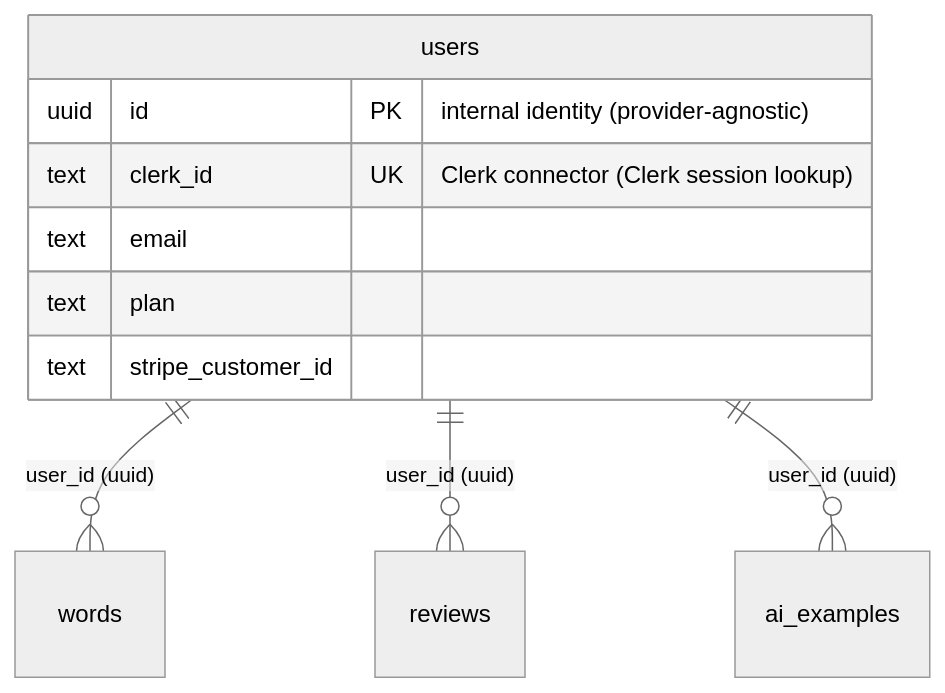
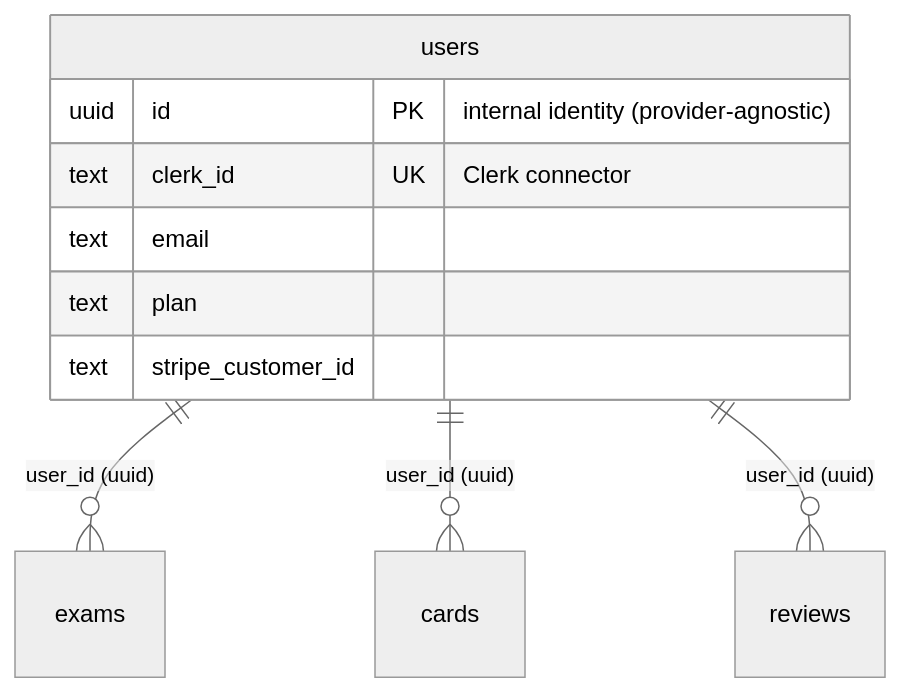
One commit to Kohkiota/RecallMint changed the diagram in README.md. Above: the diagram before and after it, drawn with Mermaid (neutral theme). The commit also changed other lines of this file, not shown here.

````diff
--- a/README.md
+++ b/README.md
@@ -155,13 +83,13 @@
 ```mermaid
 erDiagram
-    users ||--o{ words : "user_id (uuid)"
+    users ||--o{ exams : "user_id (uuid)"
+    users ||--o{ cards : "user_id (uuid)"
     users ||--o{ reviews : "user_id (uuid)"
-    users ||--o{ ai_examples : "user_id (uuid)"
     users {
         uuid id PK "internal identity (provider-agnostic)"
-        text clerk_id UK "Clerk connector (Clerk session lookup)"
+        text clerk_id UK "Clerk connector"
         text email
         text plan
         text stripe_customer_id
     }
 ```
````
